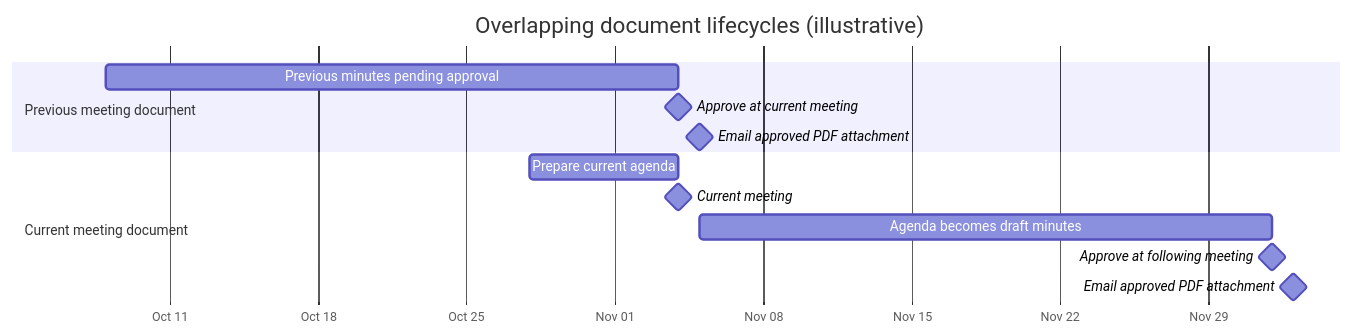
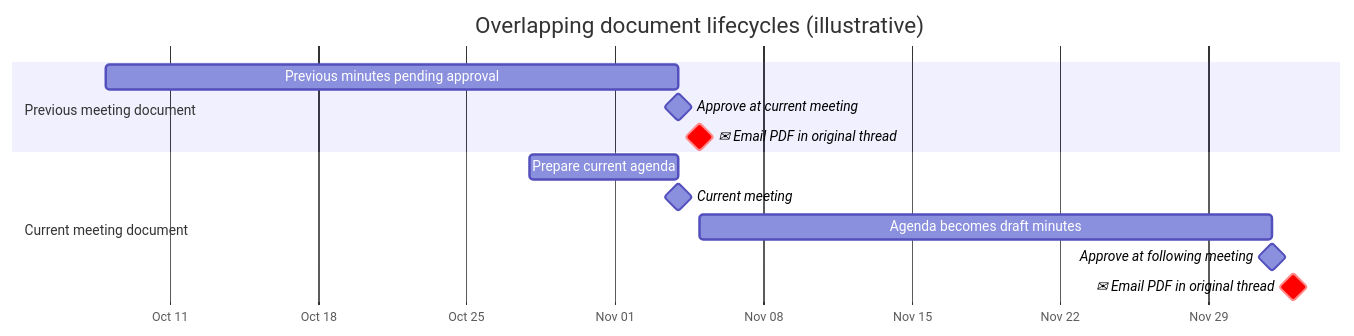
One commit to SFFilAmLions/club-handbook changed the second of 2 diagrams in docs/secretary/meeting-lifecycle.md. Above: the diagram before and after it, drawn with Mermaid. The commit also changed other lines of this file, not shown here.

Commit message:
docs(secretary): distinguish email steps and add subject/thread detail to Mermaid charts

````diff
--- a/docs/secretary/meeting-lifecycle.md
+++ b/docs/secretary/meeting-lifecycle.md
@@ -25,16 +29,16 @@
 ```mermaid
 gantt
     title Overlapping document lifecycles (illustrative)
     dateFormat YYYY-MM-DD
     axisFormat %b %d
     section Previous meeting document
     Previous minutes pending approval  :prev, 2026-10-08, 2026-11-04
     Approve at current meeting         :milestone, 2026-11-04, 0d
-    Email approved PDF attachment      :milestone, 2026-11-05, 0d
+    ✉ Email PDF in original thread     :crit, milestone, 2026-11-05, 0d
     section Current meeting document
     Prepare current agenda             :agenda, 2026-10-28, 2026-11-04
     Current meeting                    :milestone, 2026-11-04, 0d
     Agenda becomes draft minutes       :draft, 2026-11-05, 2026-12-02
     Approve at following meeting       :milestone, 2026-12-02, 0d
-    Email approved PDF attachment      :milestone, 2026-12-03, 0d
+    ✉ Email PDF in original thread     :crit, milestone, 2026-12-03, 0d
 ```
````
